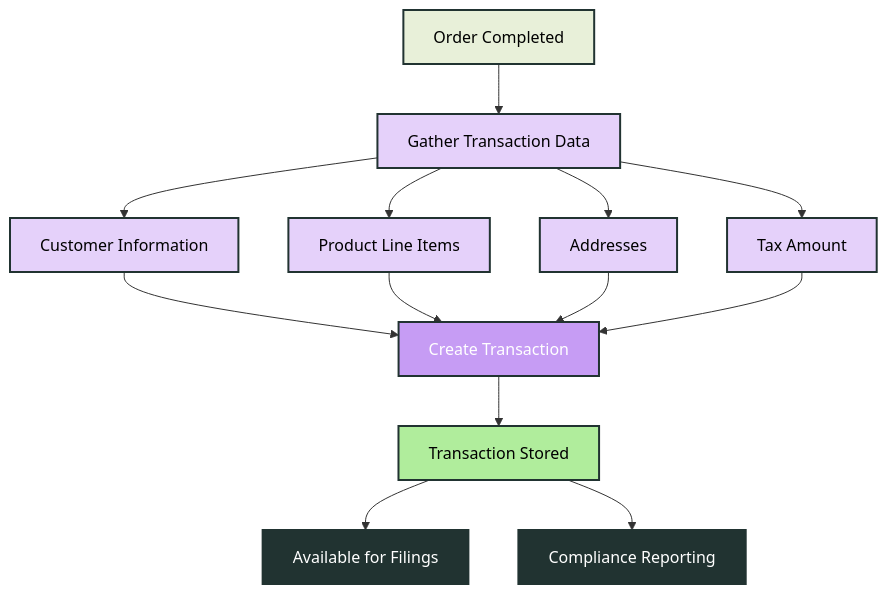
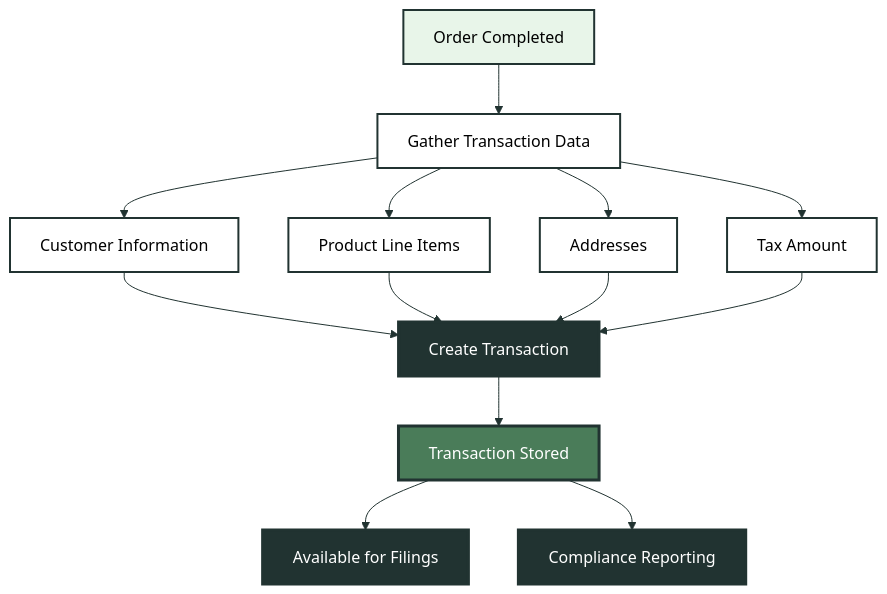
Before and after one commit to kintsugi-tax/docs-v2: the fifth of 5 diagrams in docs/guides/integrating-kintsugis-api.mdx, drawn with Mermaid. The commit also changed other lines of this file and 6 other files, not shown here.

Commit message:
fix mermaid diagram appearance in dark mode

````diff
--- a/docs/guides/integrating-kintsugis-api.mdx
+++ b/docs/guides/integrating-kintsugis-api.mdx
@@ -227,26 +237,27 @@
 ```mermaid
+%%{init: {'theme':'base', 'themeVariables': {'primaryColor':'#FFFFFF','primaryTextColor':'#213331','primaryBorderColor':'#213331','lineColor':'#213331','secondaryColor':'#FFFFFF','tertiaryColor':'#213331','edgeLabelBackground':'transparent','edgeStrokeWidth':'2px','edgeStroke':'#213331','arrowheadColor':'#213331','clusterBkg':'transparent','clusterBorder':'#213331','defaultLinkColor':'#213331'}}}%%
 flowchart TD
     A[Order Completed] --> B[Gather Transaction Data]
     B --> C[Customer Information]
     B --> D[Product Line Items]
     B --> E[Addresses]
     B --> F[Tax Amount]
     C --> G[Create Transaction]
     D --> G
     E --> G
     F --> G
     G --> H[Transaction Stored]
     H --> I[Available for Filings]
     H --> J[Compliance Reporting]
     
-    style A fill:#E8F0D9,stroke:#213331,stroke-width:2px,color:#000000
-    style B fill:#E5D1FA,stroke:#213331,stroke-width:2px,color:#000000
-    style C fill:#E5D1FA,stroke:#213331,stroke-width:2px,color:#000000
-    style D fill:#E5D1FA,stroke:#213331,stroke-width:2px,color:#000000
-    style E fill:#E5D1FA,stroke:#213331,stroke-width:2px,color:#000000
-    style F fill:#E5D1FA,stroke:#213331,stroke-width:2px,color:#000000
-    style G fill:#C69CF4,stroke:#213331,stroke-width:2px,color:#FFFFFF
-    style H fill:#B0ED9C,stroke:#213331,stroke-width:2px,color:#000000
-    style I fill:#213331,stroke:#213331,stroke-width:2px,color:#FFFFFF
-    style J fill:#213331,stroke:#213331,stroke-width:2px,color:#FFFFFF
+    style A fill:#e8f5e9,stroke:#213331,stroke-width:2px,color:#000000
+    style B fill:#FFFFFF,stroke:#213331,stroke-width:2px,color:#000000
+    style C fill:#FFFFFF,stroke:#213331,stroke-width:2px,color:#000000
+    style D fill:#FFFFFF,stroke:#213331,stroke-width:2px,color:#000000
+    style E fill:#FFFFFF,stroke:#213331,stroke-width:2px,color:#000000
+    style F fill:#FFFFFF,stroke:#213331,stroke-width:2px,color:#000000
+    style G fill:#213331,stroke:#213331,stroke-width:3px,color:#FFFFFF
+    style H fill:#4a7c59,stroke:#213331,stroke-width:3px,color:#FFFFFF
+    style I fill:#213331,stroke:#213331,stroke-width:3px,color:#FFFFFF
+    style J fill:#213331,stroke:#213331,stroke-width:3px,color:#FFFFFF
 ```
````
